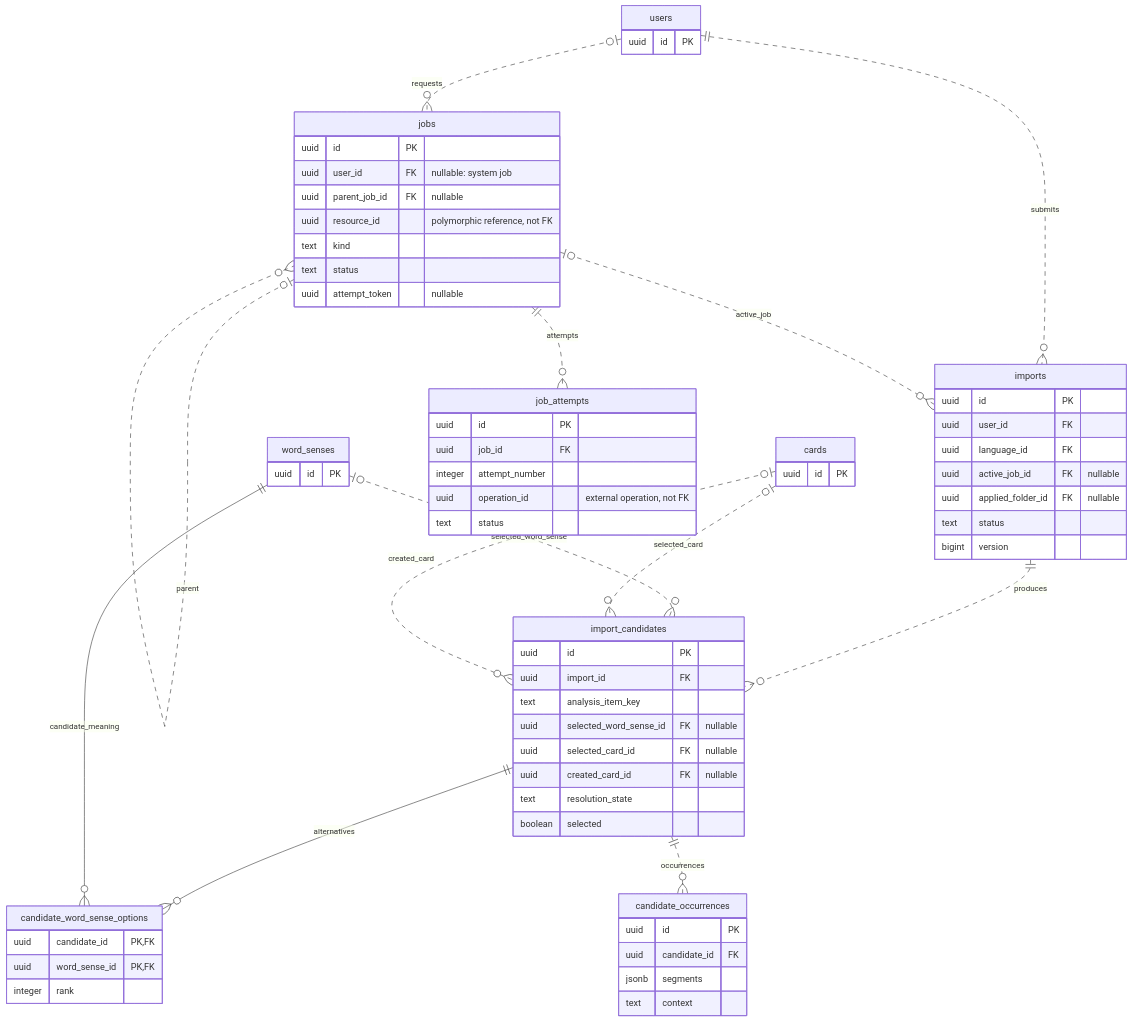
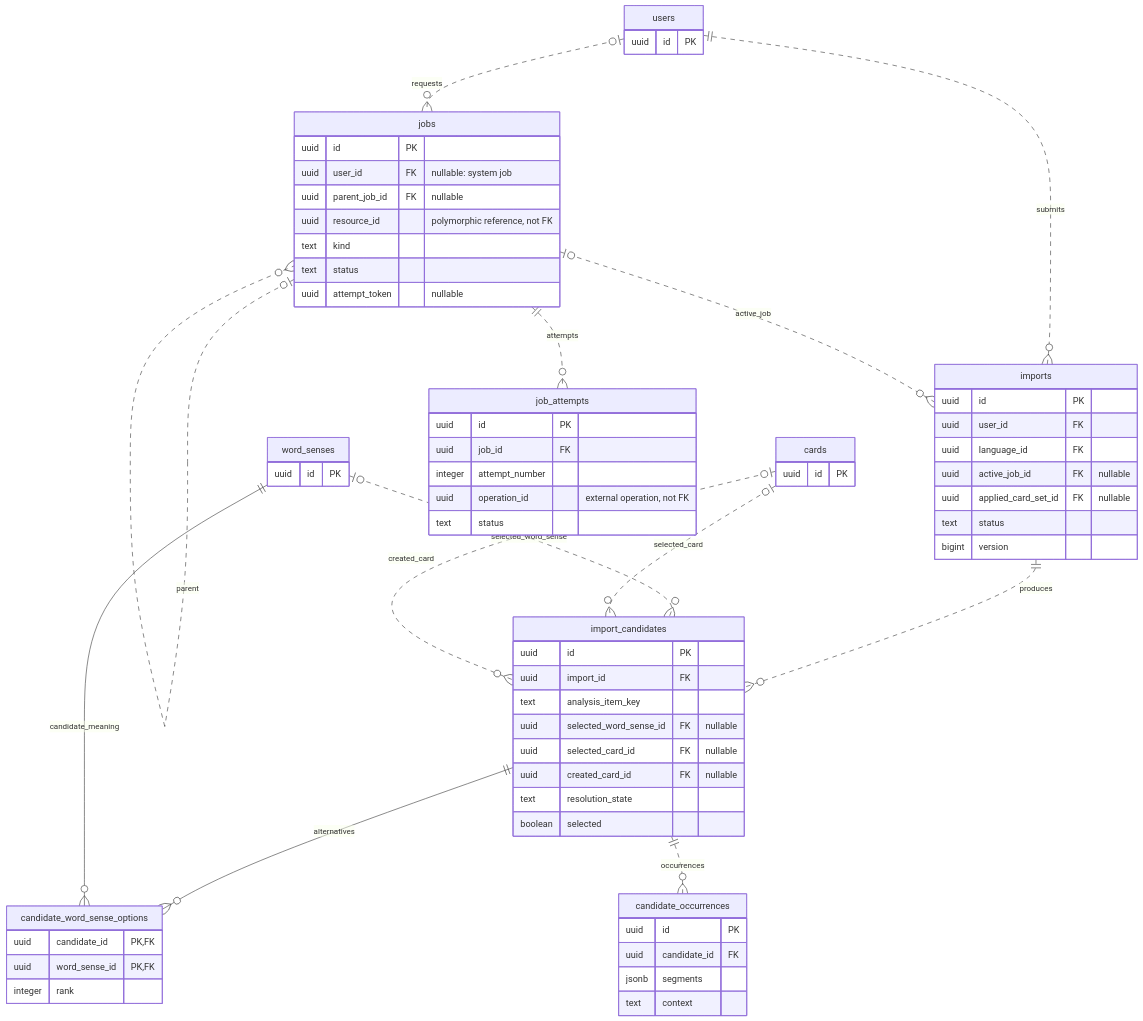
The seventh of 9 diagrams in doc/database-er.md (flairgc/kompotik), drawn with Mermaid before and after one commit. The commit also changed other lines of this file and 6 other files, not shown here.

````diff
--- a/doc/database-er.md
+++ b/doc/database-er.md
@@ -422,71 +434,71 @@
 ```mermaid
 erDiagram
     users["users"] {
         uuid id PK
     }
     imports["imports"] {
         uuid id PK
         uuid user_id FK
         uuid language_id FK
         uuid active_job_id FK "nullable"
-        uuid applied_folder_id FK "nullable"
+        uuid applied_card_set_id FK "nullable"
         text status
         bigint version
     }
     importCandidates["import_candidates"] {
         uuid id PK
         uuid import_id FK
         text analysis_item_key
         uuid selected_word_sense_id FK "nullable"
         uuid selected_card_id FK "nullable"
         uuid created_card_id FK "nullable"
         text resolution_state
         boolean selected
     }
     candidateWordSenseOptions["candidate_word_sense_options"] {
         uuid candidate_id PK, FK
         uuid word_sense_id PK, FK
         integer rank
     }
     candidateOccurrences["candidate_occurrences"] {
         uuid id PK
         uuid candidate_id FK
         jsonb segments
         text context
     }
     word_senses["word_senses"] {
         uuid id PK
     }
     cards["cards"] {
         uuid id PK
     }
     jobs["jobs"] {
         uuid id PK
         uuid user_id FK "nullable: system job"
         uuid parent_job_id FK "nullable"
         uuid resource_id "polymorphic reference, not FK"
         text kind
         text status
         uuid attempt_token "nullable"
     }
     jobAttempts["job_attempts"] {
         uuid id PK
         uuid job_id FK
         integer attempt_number
         uuid operation_id "external operation, not FK"
         text status
     }
 
     users ||..o{ imports : submits
     users |o..o{ jobs : requests
     jobs |o..o{ jobs : parent
     jobs ||..o{ jobAttempts : attempts
     jobs |o..o{ imports : active_job
     imports ||..o{ importCandidates : produces
     importCandidates ||--o{ candidateWordSenseOptions : alternatives
     word_senses ||--o{ candidateWordSenseOptions : candidate_meaning
     importCandidates ||..o{ candidateOccurrences : occurrences
     word_senses |o..o{ importCandidates : selected_word_sense
     cards |o..o{ importCandidates : selected_card
     cards |o..o{ importCandidates : created_card
 ```
````
